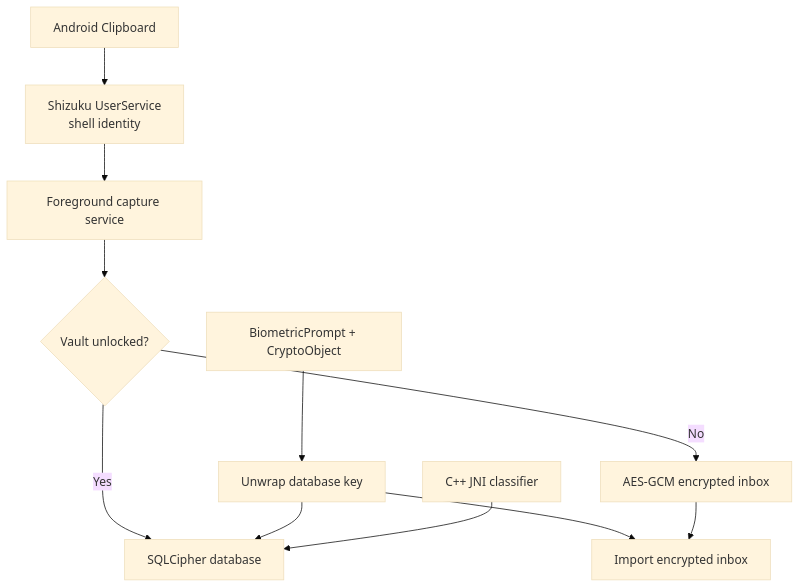
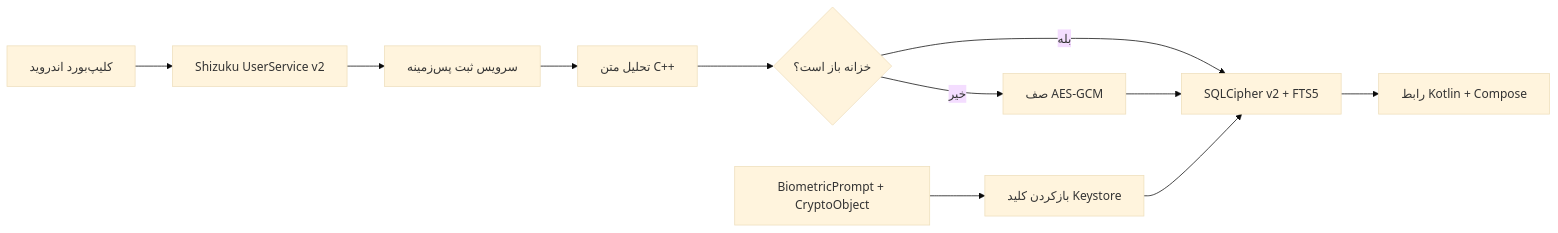
Before and after one commit to NeonBee/ClipVault: the diagram in README_FA.md, drawn with Mermaid (base theme). The commit also changed other lines of this file and 95 other files, not shown here.

````diff
--- a/README_FA.md
+++ b/README_FA.md
@@ -31,13 +25,13 @@
 ```mermaid
-flowchart TD
-    C["Android Clipboard"] --> S["Shizuku UserService<br/>shell identity"]
-    S --> F["Foreground capture service"]
-    F --> L{"Vault unlocked?"}
-    L -->|Yes| Q["SQLCipher database"]
-    L -->|No| P["AES-GCM encrypted inbox"]
-    B["BiometricPrompt + CryptoObject"] --> K["Unwrap database key"]
-    K --> Q
-    K --> I["Import encrypted inbox"]
-    P --> I
-    N["C++ JNI classifier"] --> Q
+flowchart LR
+    C[کلیپ‌بورد اندروید] --> S[Shizuku UserService v2]
+    S --> F[سرویس ثبت پس‌زمینه]
+    F --> A[تحلیل متن C++]
+    A --> L{خزانه باز است؟}
+    L -->|بله| D[SQLCipher v2 + FTS5]
+    L -->|خیر| P[صف AES-GCM]
+    B[BiometricPrompt + CryptoObject] --> K[بازکردن کلید Keystore]
+    K --> D
+    P --> D
+    D --> U[رابط Kotlin + Compose]
 ```
````
